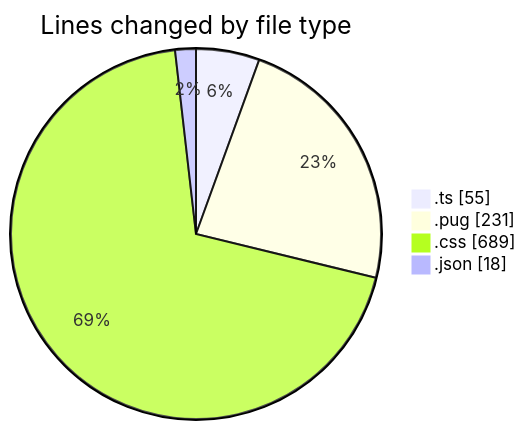
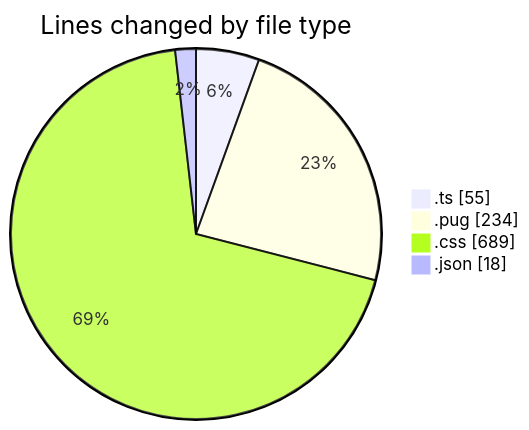
One commit to momahboobian/code-tracking changed the first of 2 diagrams in 2025-10-31/cda/README.md. Above: the diagram before and after it, drawn with Mermaid. The commit also changed other lines of this file and 1 other file, not shown here.

````diff
--- a/2025-10-31/cda/README.md
+++ b/2025-10-31/cda/README.md
@@ -26,8 +26,8 @@
 ```mermaid
 pie showData
 title Lines changed by file type
 ".ts" : 55
-".pug" : 231
+".pug" : 234
 ".css" : 689
 ".json" : 18
 ```
````
